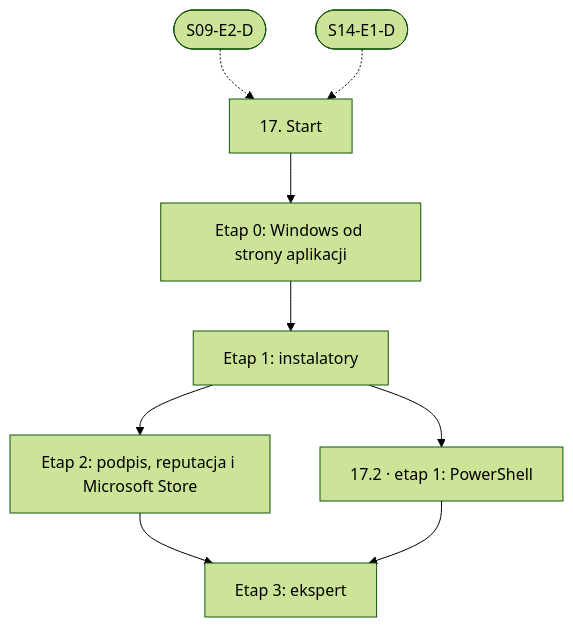
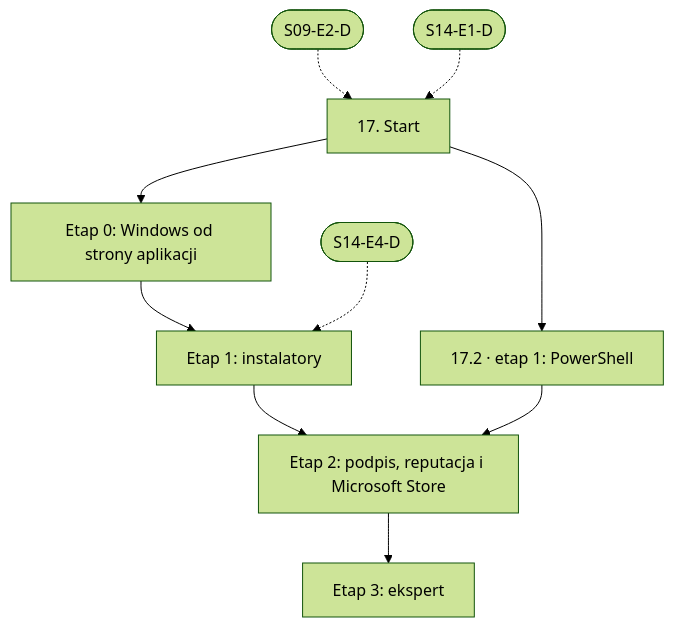
One commit to danjarosz/software-development-learning-path changed the diagram in linear/17-windows.md. Above: the diagram before and after it, drawn with Mermaid (forest theme). The commit also changed other lines of this file and 65 other files, not shown here.

First line of the commit message:
feat: popraw ścieżki nauki po przeglądzie i dodaj NestJS, FastAPI i GraphQL

````diff
--- a/linear/17-windows.md
+++ b/linear/17-windows.md
@@ -89,17 +84,18 @@
 ```mermaid
 flowchart TD
   START["17. Start"]
   E0["Etap 0: Windows od strony aplikacji"]
   E1["Etap 1: instalatory"]
   E2["Etap 2: podpis, reputacja i Microsoft Store"]
   E3["Etap 3: ekspert"]
   U1["17.2 · etap 1: PowerShell"]
   START --> E0
   E0 --> E1
+  XS14E4D(["S14-E4-D"]) -.-> E1
   E1 --> E2
+  U1 --> E2
   E2 --> E3
-  U1 --> E3
-  E1 --> U1
+  START --> U1
   XS09E2D(["S09-E2-D"]) -.-> START
   XS14E1D(["S14-E1-D"]) -.-> START
 ```
````
